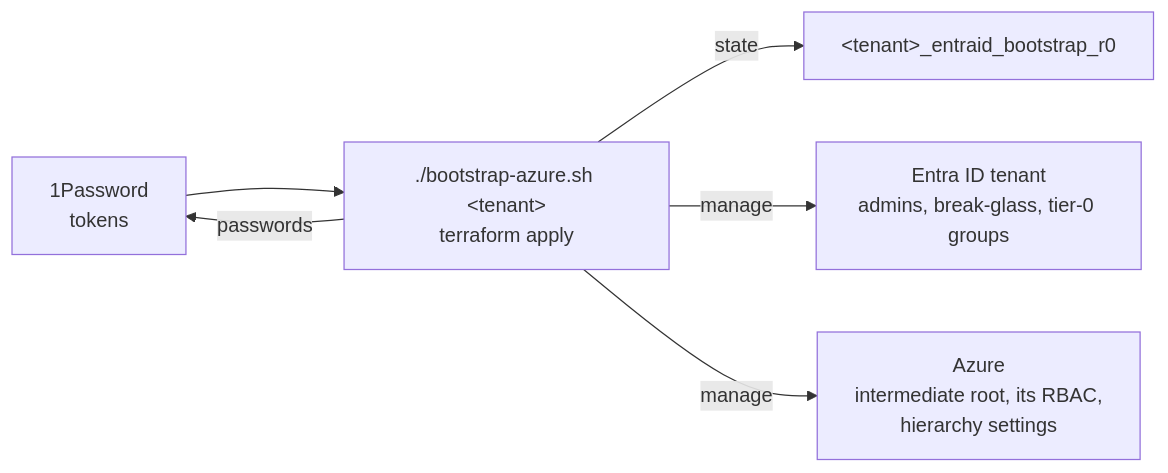
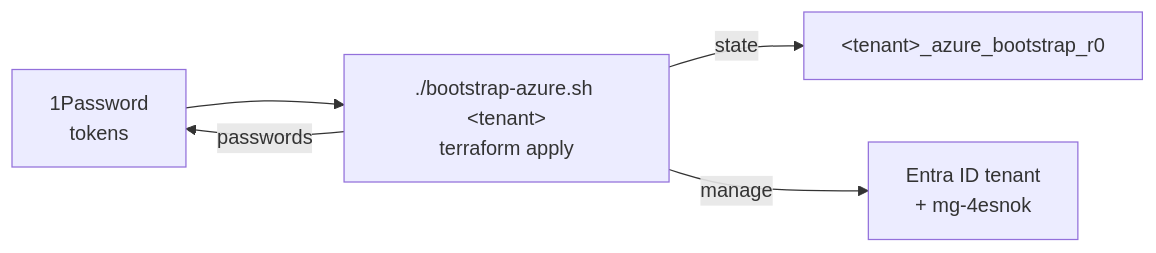
The diagram in bootstrap/Azure/README.md (alextitov1/azure-landing-zone), drawn with Mermaid before and after one commit. The commit also changed other lines of this file and 11 other files, not shown here.

Commit message:
Azure tier-0 bootstrap: one root for all tenants, fix hierarchy settings (#38)

````diff
--- a/bootstrap/Azure/README.md
+++ b/bootstrap/Azure/README.md
@@ -62,8 +38,7 @@
 ```mermaid
 flowchart LR
   op[1Password<br/>tokens] --> script[./bootstrap-azure.sh &lt;tenant&gt;<br>terraform apply]
-  script -- state --> t0[&lt;tenant&gt;_entraid_bootstrap_r0]
-  script -- manage --> tenant[Entra ID tenant<br/>admins, break-glass, tier-0 groups]
-  script -- manage --> azure[Azure<br/>intermediate root, its RBAC,<br/>hierarchy settings]
+  script -- state --> t0[&lt;tenant&gt;_azure_bootstrap_r0]
+  script -- manage --> tenant[Entra ID tenant<br/>+ mg-4esnok]
   script -- passwords --> op
 ```
````
